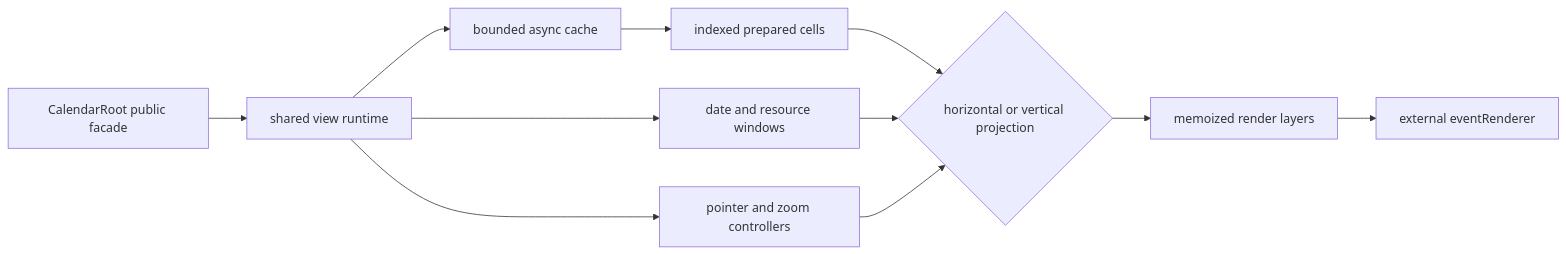
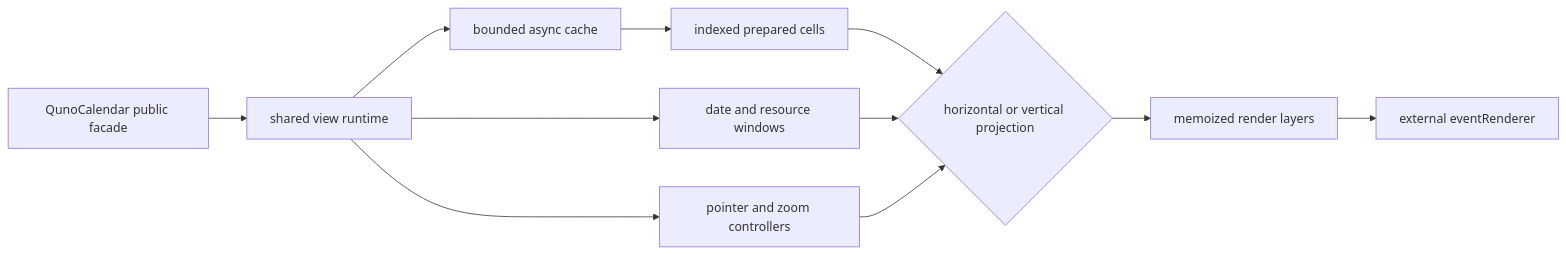
One commit to junomedical/quno-calendar changed the first of 11 diagrams in docs/architecture.md. Above: the diagram before and after it, drawn with Mermaid. The commit also changed other lines of this file and 402 other files, not shown here.

````diff
--- a/docs/architecture.md
+++ b/docs/architecture.md
@@ -7,13 +7,13 @@
 ```mermaid
 flowchart LR
-  Public["CalendarRoot public facade"] --> Runtime["shared view runtime"]
+  Public["QunoCalendar public facade"] --> Runtime["shared view runtime"]
   Runtime --> Cache["bounded async cache"]
   Runtime --> Viewport["date and resource windows"]
   Runtime --> Gestures["pointer and zoom controllers"]
   Cache --> Cells["indexed prepared cells"]
   Cells --> Projection{"horizontal or vertical projection"}
   Viewport --> Projection
   Gestures --> Projection
   Projection --> Layers["memoized render layers"]
   Layers --> Renderer["external eventRenderer"]
 ```
````
